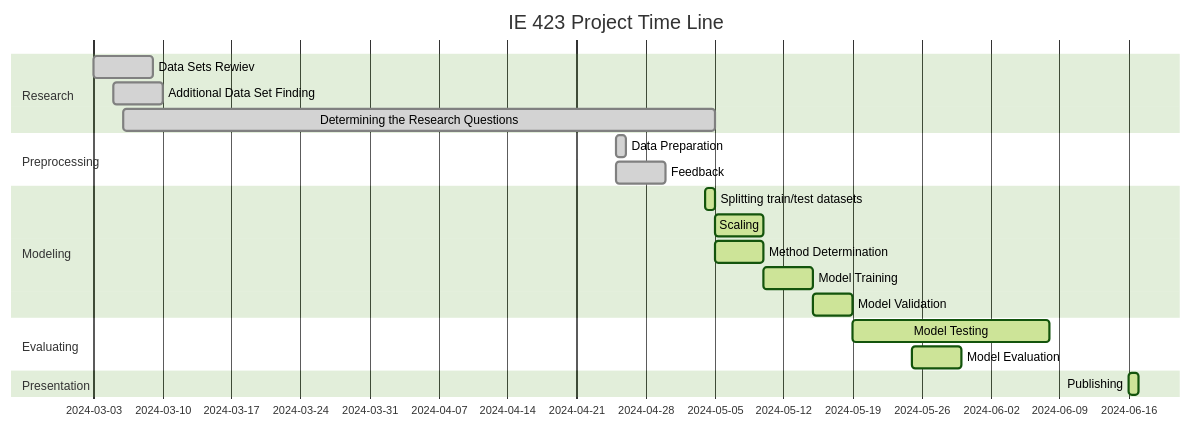
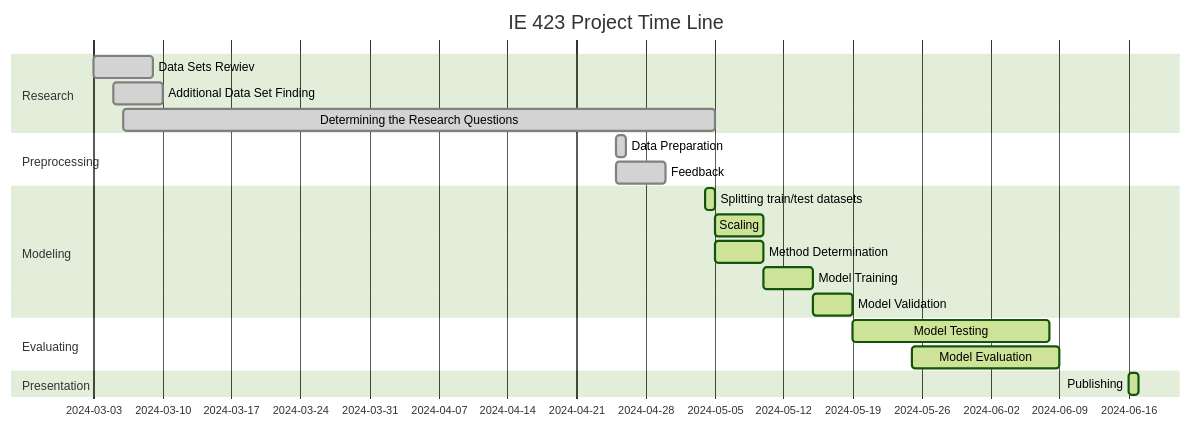
Before and after one commit to BILGI-IE-423/ie423-2024-termproject-neuralnetworkninjas: the diagram in Gantt.md, drawn with Mermaid (forest theme).

````diff
--- a/Gantt.md
+++ b/Gantt.md
@@ -1,29 +1,29 @@
 ```mermaid
 gantt  
        dateFormat  YYYY-MM-DD
        title IE 423 Project Time Line
 
        section Research
        Data Sets Rewiev                                   :done, des1, 2024-03-03,6d
        Additional Data Set Finding                        :done, des2, 2024-03-05,5d
        Determining the Research Questions                 :done, des3, 2024-03-06,2024-05-05
 
        section Preprocessing
        Data Preparation                                   :done, des4, 2024-04-25, 1d                             
        Feedback                                           :done, des5, 2024-04-25, 5d
 
        section Modeling
        Splitting train/test datasets                      :active, des8, 2024-05-04, 1d
        Scaling                                            :active, des9, 2024-05-05, 5d
        Method Determination                               :active, des10, 2024-05-05, 5d
        Model Training                                     :active, des11, 2024-05-10, 5d
        Model Validation                                   :active, des12, 2024-05-15, 4d
 
        section Evaluating
        Model Testing                                      :active, des13, 2024-05-19,20d
-       Model Evaluation                                   :active, des14, 2024-05-25, 5d
+       Model Evaluation                                   :active, des14, 2024-05-25,15d
 
        section Presentation
        Publishing                                         :active, des17, 2024-06-16, 1d
     
 ```
````
